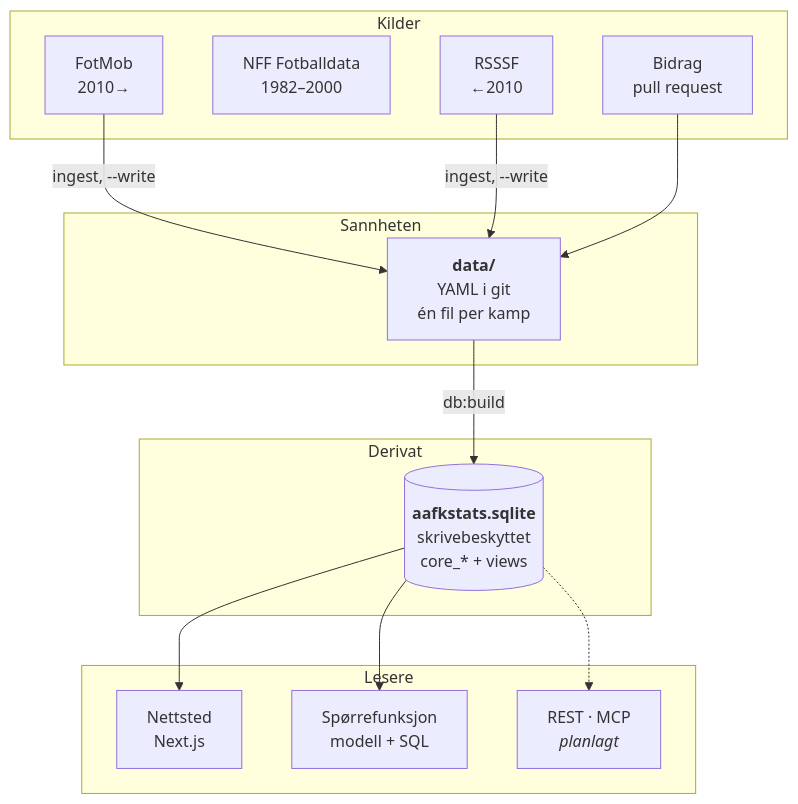
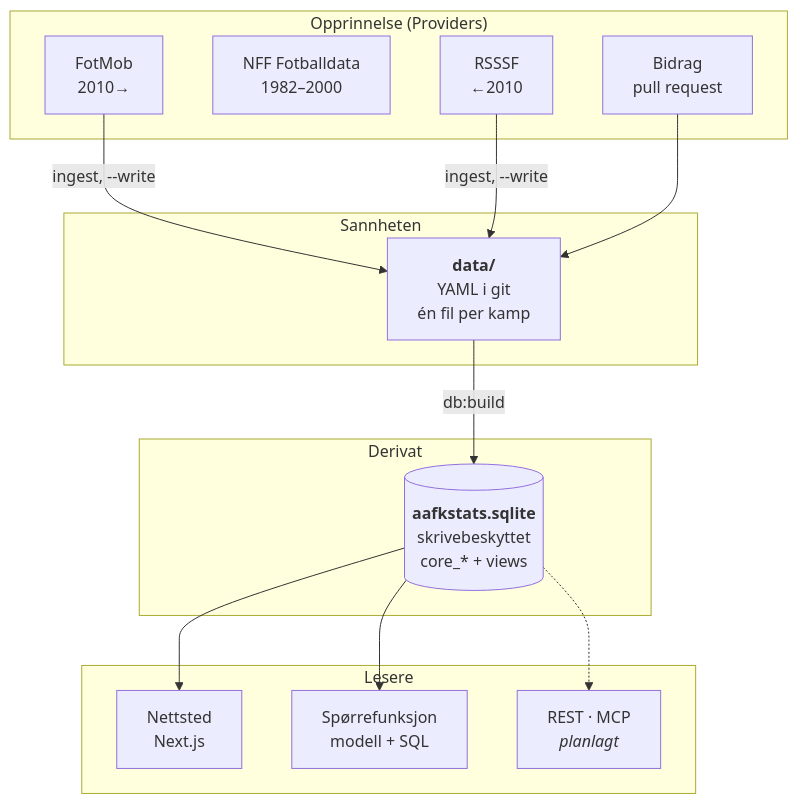
One commit to mlervaag/aafkstats changed the first of 2 diagrams in docs/ARKITEKTUR.md. Above: the diagram before and after it, drawn with Mermaid. The commit also changed other lines of this file and 119 other files, not shown here.

````diff
--- a/docs/ARKITEKTUR.md
+++ b/docs/ARKITEKTUR.md
@@ -19,31 +19,31 @@
 ```mermaid
 flowchart TB
-  subgraph kilder["Kilder"]
+  subgraph providers["Opprinnelse (Providers)"]
     F["FotMob<br/>2010→"]
     N["NFF Fotballdata<br/>1982–2000"]
     R["RSSSF<br/>←2010"]
     B["Bidrag<br/>pull request"]
   end
 
   subgraph sannhet["Sannheten"]
     Y["<b>data/</b><br/>YAML i git<br/>én fil per kamp"]
   end
 
   subgraph derivat["Derivat"]
     S[("<b>aafkstats.sqlite</b><br/>skrivebeskyttet<br/>core_* + views")]
   end
 
   subgraph lesere["Lesere"]
     W["Nettsted<br/>Next.js"]
     C["Spørrefunksjon<br/>modell + SQL"]
     A["REST · MCP<br/><i>planlagt</i>"]
   end
 
   F -- "ingest, --write" --> Y
   R -- "ingest, --write" --> Y
   B --> Y
   Y -- "db:build" --> S
   S --> W
   S --> C
   S -.-> A
 ```
````
